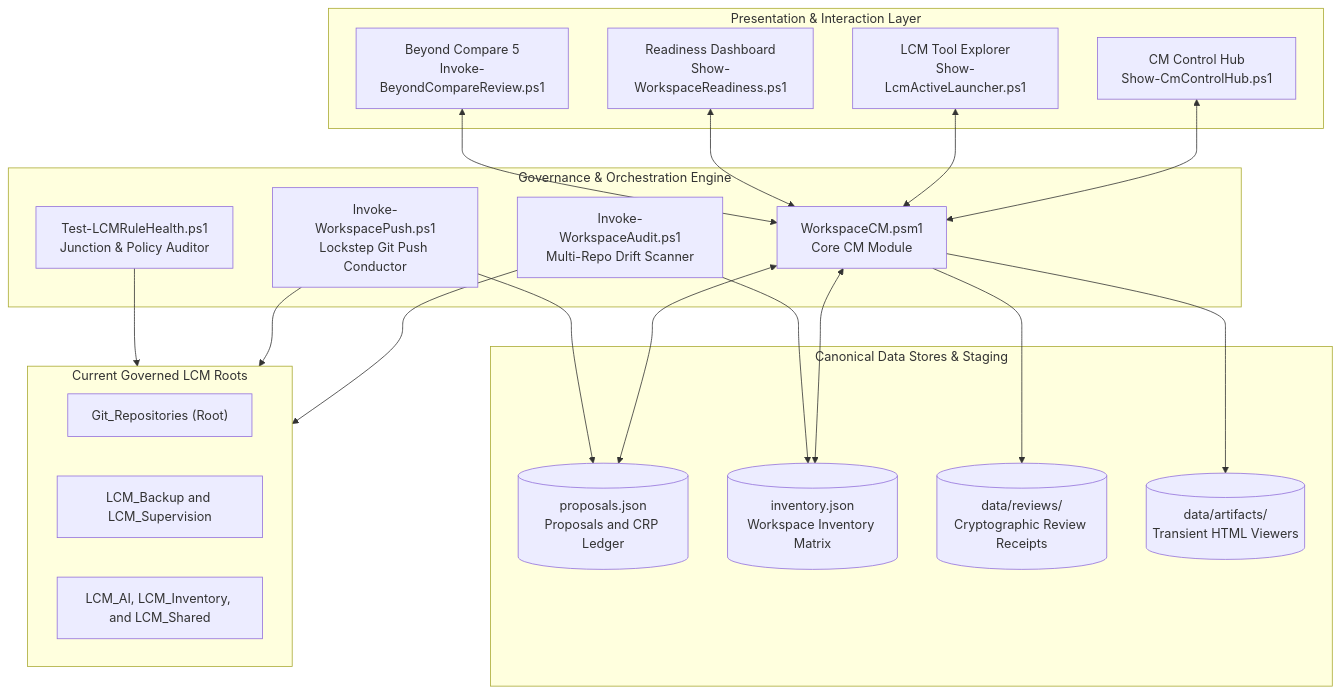
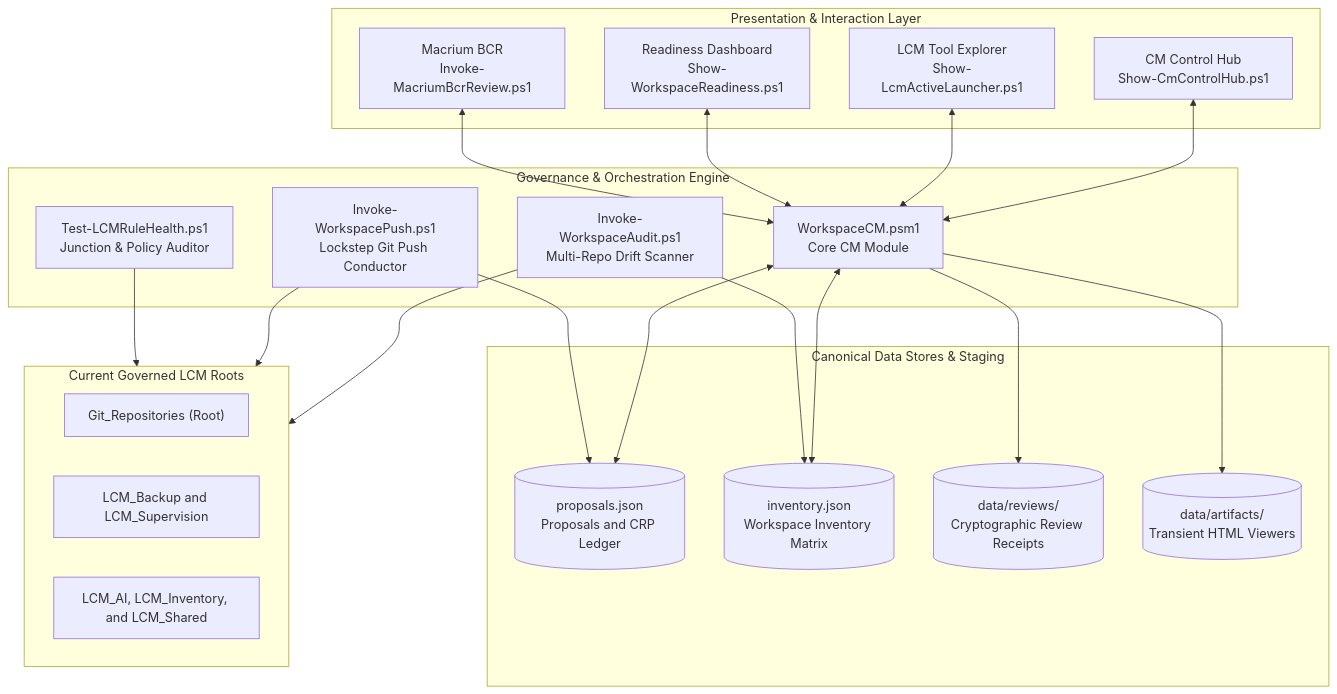
The first of 4 diagrams in docs/Architecture.md (rgbigel/LCM_Inventory), drawn with Mermaid before and after one commit. The commit also changed other lines of this file and 68 other files, not shown here.

````diff
--- a/docs/Architecture.md
+++ b/docs/Architecture.md
@@ -59,46 +69,46 @@
 ```mermaid
 graph TB
     subgraph UI_Layer["Presentation & Interaction Layer"]
         CM_HUB["CM Control Hub<br/>Show-CmControlHub.ps1"]
         TOOL_EXP["LCM Tool Explorer<br/>Show-LcmActiveLauncher.ps1"]
         READINESS_UI["Readiness Dashboard<br/>Show-WorkspaceReadiness.ps1"]
-        BC_GATE["Beyond Compare 5<br/>Invoke-BeyondCompareReview.ps1"]
+        BC_GATE["Macrium BCR<br/>Invoke-MacriumBcrReview.ps1"]
     end
 
     subgraph Control_Layer["Governance & Orchestration Engine"]
         CM_MOD["WorkspaceCM.psm1<br/>Core CM Module"]
         AUDIT_ENG["Invoke-WorkspaceAudit.ps1<br/>Multi-Repo Drift Scanner"]
         PUSH_ENG["Invoke-WorkspacePush.ps1<br/>Lockstep Git Push Conductor"]
         HEALTH_ENG["Test-LCMRuleHealth.ps1<br/>Junction & Policy Auditor"]
     end
 
     subgraph Persistence_Layer["Canonical Data Stores & Staging"]
         PROP_LEDGER[("proposals.json<br/>Proposals and CRP Ledger")]
         INV_LEDGER[("inventory.json<br/>Workspace Inventory Matrix")]
         REV_RECEIPTS[("data/reviews/<br/>Cryptographic Review Receipts")]
         ARTIFACTS[("data/artifacts/<br/>Transient HTML Viewers")]
     end
 
     subgraph Governed_Space["Current Governed LCM Roots"]
         REPO_ROOT["Git_Repositories (Root)"]
         REPO_SUBS["LCM_Backup and LCM_Supervision"]
         REPO_COMPS["LCM_AI, LCM_Inventory, and LCM_Shared"]
     end
 
     CM_HUB <--> CM_MOD
     TOOL_EXP <--> CM_MOD
     READINESS_UI <--> CM_MOD
     BC_GATE <--> CM_MOD
 
     CM_MOD <--> PROP_LEDGER
     CM_MOD <--> INV_LEDGER
     CM_MOD --> REV_RECEIPTS
     CM_MOD --> ARTIFACTS
 
     AUDIT_ENG --> INV_LEDGER
     AUDIT_ENG --> Governed_Space
     PUSH_ENG --> PROP_LEDGER
     PUSH_ENG --> Governed_Space
     HEALTH_ENG --> Governed_Space
 
 ```
````
